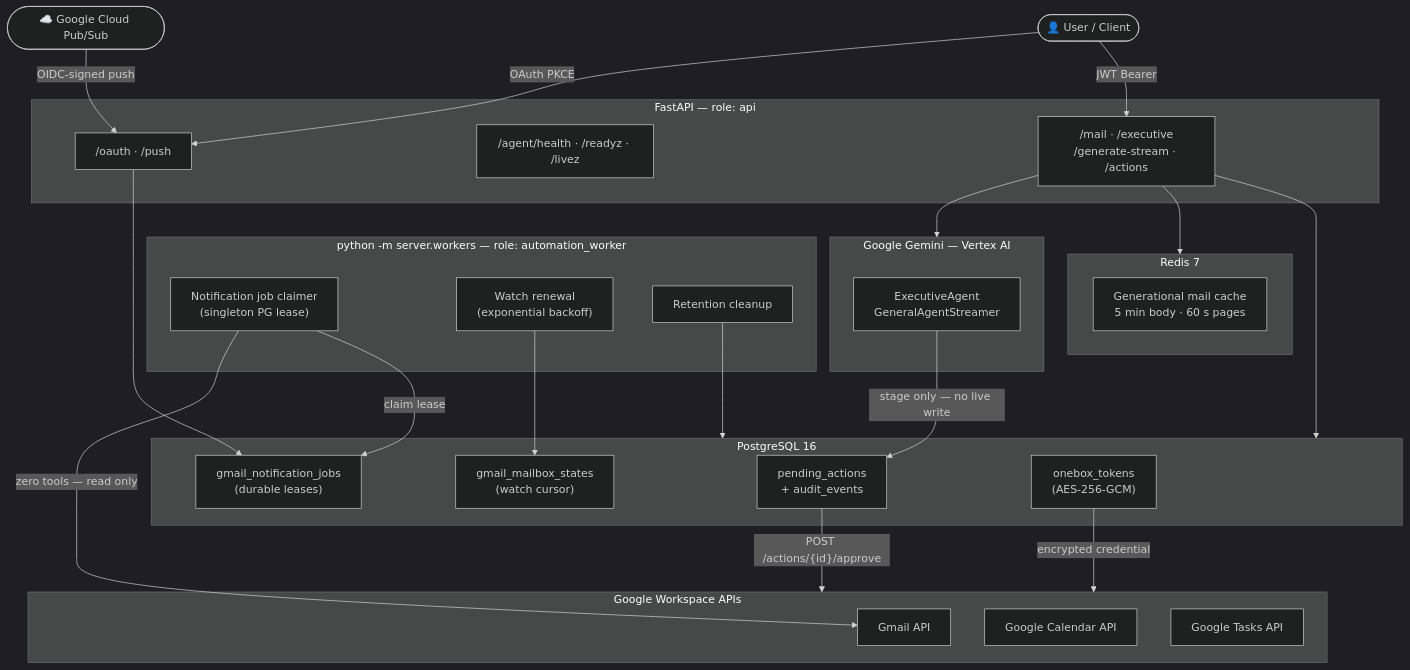
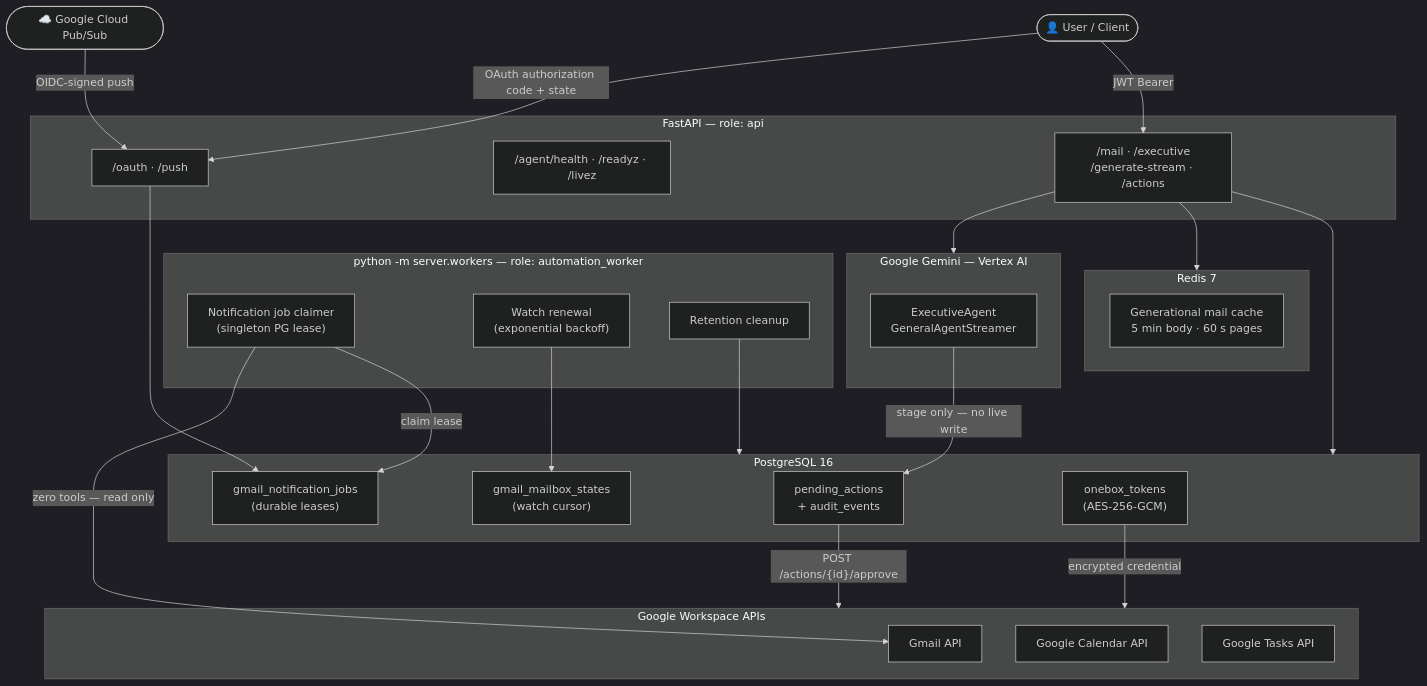
One commit to HarshilMaks/onebox changed the first of 2 diagrams in README.md. Above: the diagram before and after it, drawn with Mermaid (dark theme).

Commit message:
docs: correct OAuth flow label in architecture diagram

````diff
--- a/README.md
+++ b/README.md
@@ -45,57 +45,57 @@
 ```mermaid
 flowchart TD
     User(["👤 User / Client"])
     GCP(["☁️ Google Cloud Pub/Sub"])
 
     subgraph API ["FastAPI — role: api"]
         R1["/mail · /executive\n/generate-stream · /actions"]
         R2["/agent/health · /readyz · /livez"]
         R3["/oauth · /push"]
     end
 
     subgraph PG ["PostgreSQL 16"]
         T["onebox_tokens\n(AES-256-GCM)"]
         PA["pending_actions\n+ audit_events"]
         JQ["gmail_notification_jobs\n(durable leases)"]
         MB["gmail_mailbox_states\n(watch cursor)"]
     end
 
     subgraph Cache ["Redis 7"]
         RC["Generational mail cache\n5 min body · 60 s pages"]
     end
 
     subgraph Worker ["python -m server.workers — role: automation_worker"]
         W1["Notification job claimer\n(singleton PG lease)"]
         W2["Watch renewal\n(exponential backoff)"]
         W3["Retention cleanup"]
     end
 
     subgraph Gemini ["Google Gemini — Vertex AI"]
         AG["ExecutiveAgent\nGeneralAgentStreamer"]
     end
 
     subgraph GWS ["Google Workspace APIs"]
         GM["Gmail API"]
         GC["Google Calendar API"]
         GT["Google Tasks API"]
     end
 
     User -->|"JWT Bearer"| R1
-    User -->|"OAuth PKCE"| R3
+    User -->|"OAuth authorization code + state"| R3
     GCP -->|"OIDC-signed push"| R3
 
     R1 --> PG
     R1 --> Cache
     R1 --> Gemini
     R3 --> JQ
 
     AG -->|"stage only — no live write"| PA
     PA -->|"POST /actions/{id}/approve"| GWS
 
     W1 -->|"claim lease"| JQ
     W1 -->|"zero tools — read only"| GM
     W2 --> MB
     W3 --> PG
 
     T -->|"encrypted credential"| GWS
 ```
````
